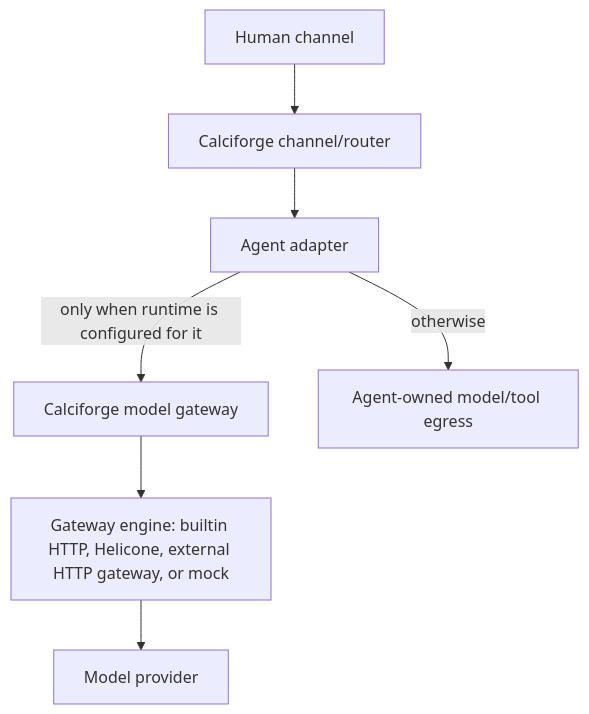
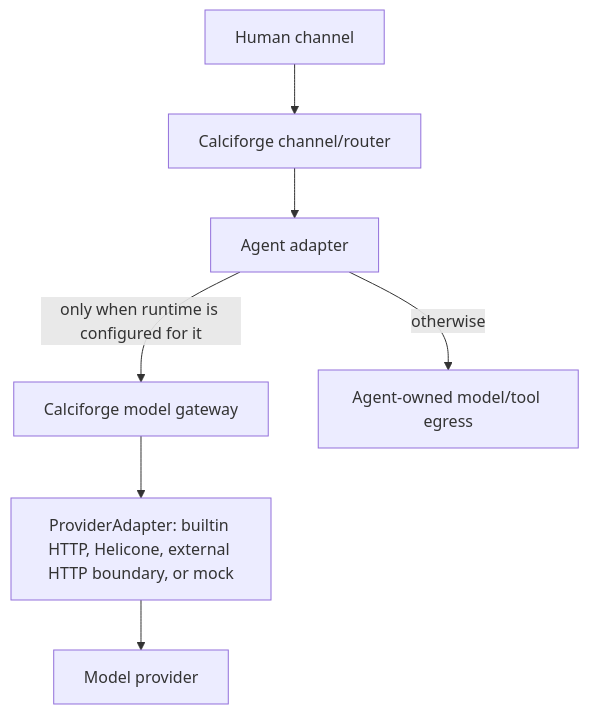
One commit to bglusman/calciforge changed the diagram in docs/adr/0001-model-gateway-and-agent-boundaries.md. Above: the diagram before and after it, drawn with Mermaid. The commit also changed other lines of this file and 27 other files, not shown here.

Commit message:
refactor: clarify provider adapter model boundary

````diff
--- a/docs/adr/0001-model-gateway-and-agent-boundaries.md
+++ b/docs/adr/0001-model-gateway-and-agent-boundaries.md
@@ -37,10 +38,10 @@
 ```mermaid
 flowchart TD
   User["Human channel"] --> Router["Calciforge channel/router"]
   Router --> Adapter["Agent adapter"]
   Adapter -->|"only when runtime is configured for it"| Gateway["Calciforge model gateway"]
-  Gateway --> Engine["Gateway engine: builtin HTTP, Helicone, external HTTP gateway, or mock"]
+  Gateway --> Engine["ProviderAdapter: builtin HTTP, Helicone, external HTTP boundary, or mock"]
   Engine --> Provider["Model provider"]
 
   Adapter -->|"otherwise"| AgentEgress["Agent-owned model/tool egress"]
 ```
````
